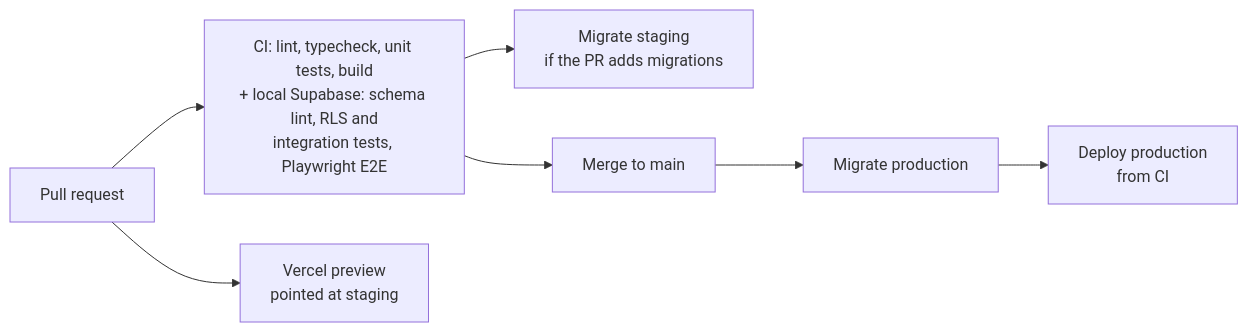
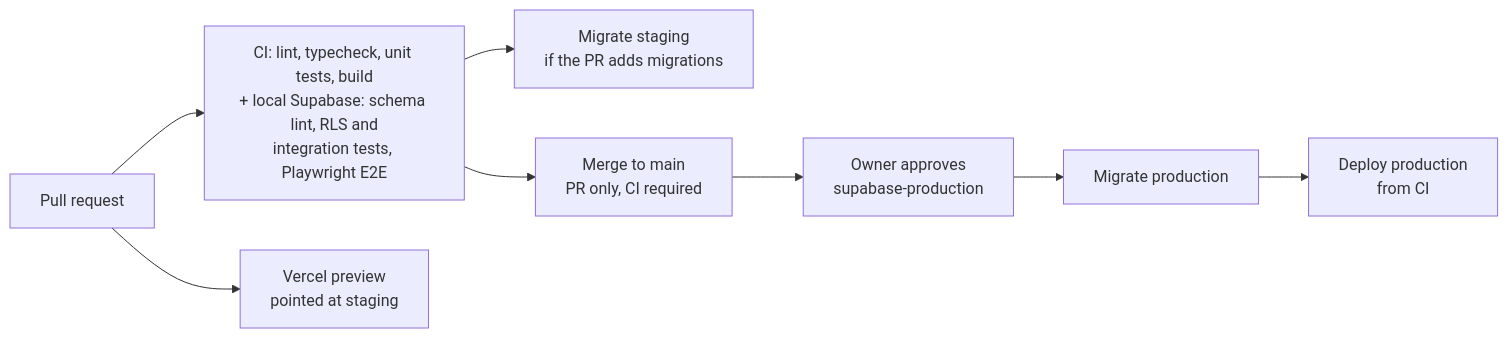
Before and after one commit to dev-nilo/nextjs-squadra: the second of 2 diagrams in README.md, drawn with Mermaid. The commit also changed other lines of this file and 1 other file, not shown here.

Commit message:
Say in the docs that main is protected and production waits for approval (#99)
Both gates were turned on through the API on 2026-11-24: main only takes
PRs with the two CI jobs green, admins included, and the
supabase-production environment needs the owner's approval, with no
admin bypass and protected branches only. The README's pipeline, its
diagram and docs/staging.md now say so, and staging.md says how they're
set and why main doesn't require an up-to-date branch.

````diff
--- a/README.md
+++ b/README.md
@@ -61,8 +61,8 @@
 ```mermaid
 flowchart LR
   PR[Pull request] --> CI["CI: lint, typecheck, unit tests, build<br/>+ local Supabase: schema lint, RLS and<br/>integration tests, Playwright E2E"]
   PR --> PRV[Vercel preview<br/>pointed at staging]
   CI --> STG[Migrate staging<br/>if the PR adds migrations]
-  CI --> MERGE[Merge to main]
-  MERGE --> MP[Migrate production] --> DP[Deploy production<br/>from CI]
+  CI --> MERGE[Merge to main<br/>PR only, CI required]
+  MERGE --> OK[Owner approves<br/>supabase-production] --> MP[Migrate production] --> DP[Deploy production<br/>from CI]
 ```
````
